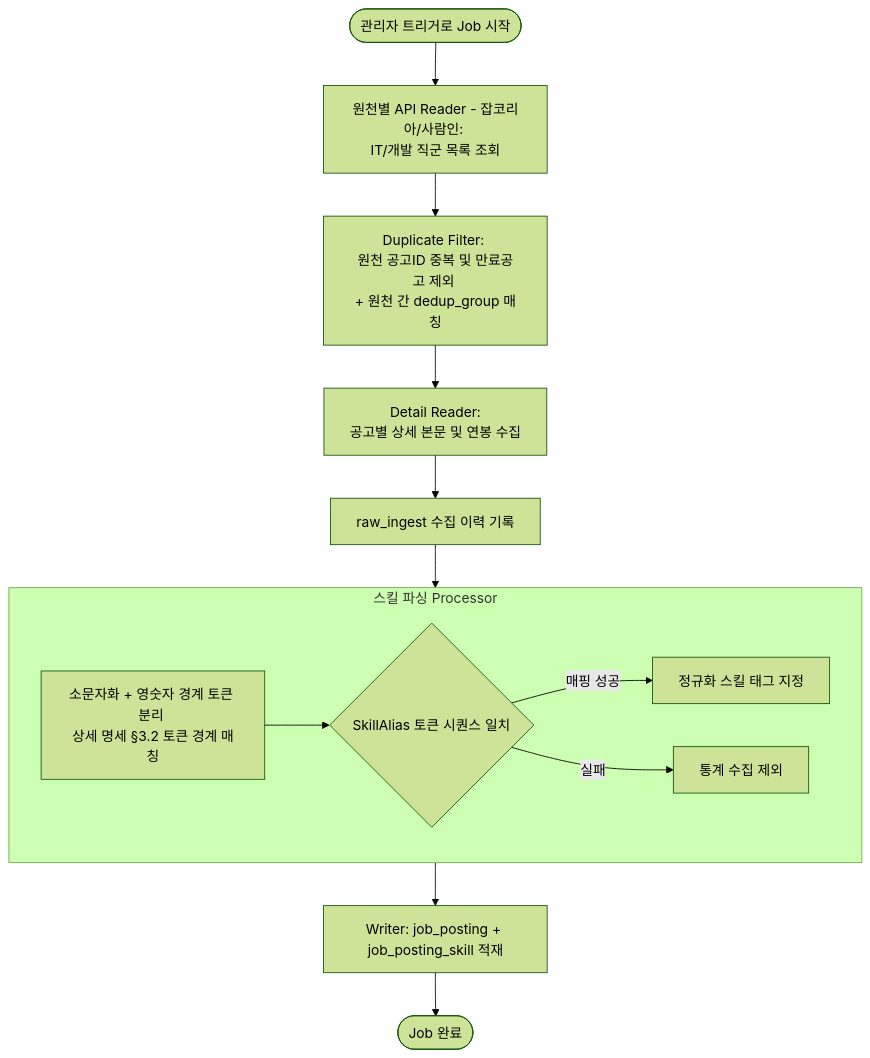
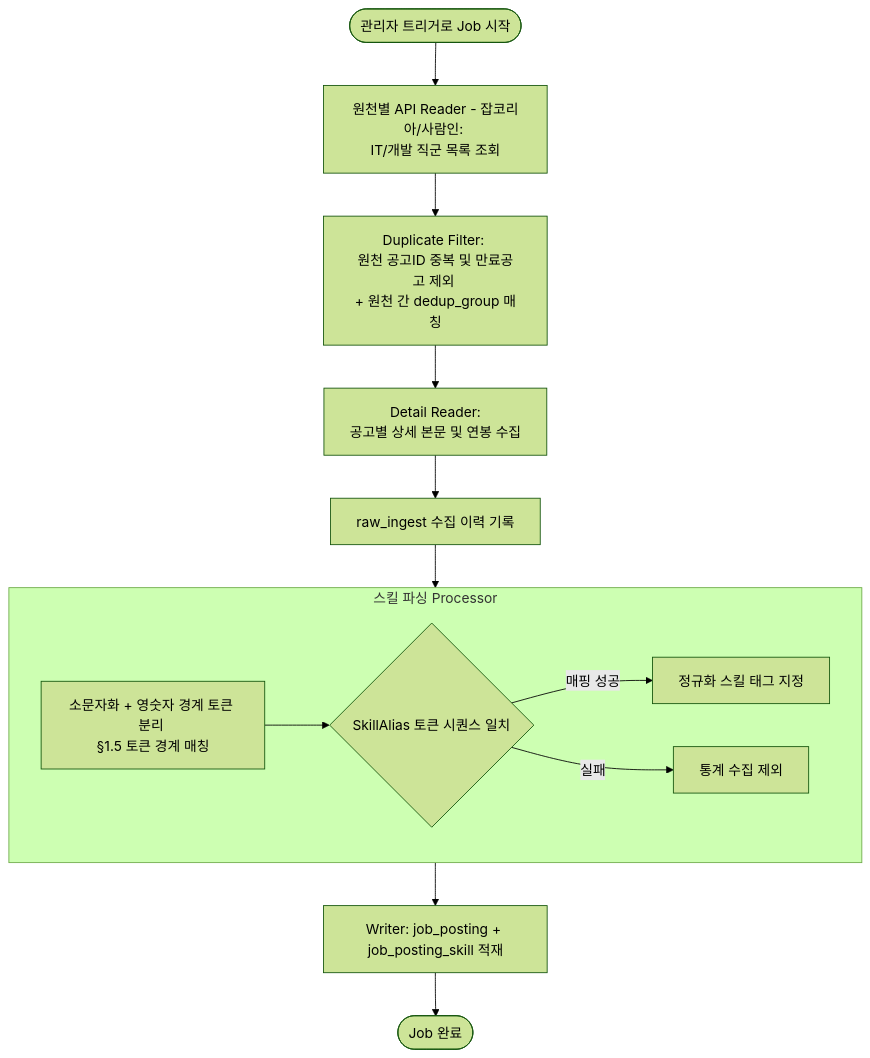
The third of 5 diagrams in docs/specs/data-architecture.md (SeoHyeokGyu/Carix), drawn with Mermaid (forest theme) before and after one commit. The commit also changed other lines of this file and 8 other files, not shown here.

````diff
--- a/docs/specs/data-architecture.md
+++ b/docs/specs/data-architecture.md
@@ -298,17 +298,17 @@
 ```mermaid
 flowchart TD
     Start([관리자 트리거로 Job 시작]) --> Reader[원천별 API Reader - 잡코리아/사람인: <br>IT/개발 직군 목록 조회]
     Reader --> Filter[Duplicate Filter: <br>원천 공고ID 중복 및 만료공고 제외 <br>+ 원천 간 dedup_group 매칭]
     Filter --> DetailReader[Detail Reader: <br>공고별 상세 본문 및 연봉 수집]
     
     subgraph SkillParser [스킬 파싱 Processor]
-        Preprocess[소문자화 + 영숫자 경계 토큰 분리 <br>상세 명세 §3.2 토큰 경계 매칭] --> AliasMatch{SkillAlias 토큰 시퀀스 일치}
+        Preprocess[소문자화 + 영숫자 경계 토큰 분리 <br>§1.5 토큰 경계 매칭] --> AliasMatch{SkillAlias 토큰 시퀀스 일치}
         AliasMatch -->|매핑 성공| TagSkill[정규화 스킬 태그 지정]
         AliasMatch -->|실패| Drop[통계 수집 제외]
     end
     
     DetailReader --> RawStore[raw_ingest 수집 이력 기록]
     RawStore --> SkillParser
     SkillParser --> Writer[Writer: job_posting + job_posting_skill 적재]
     Writer --> End([Job 완료])
 ```
````
